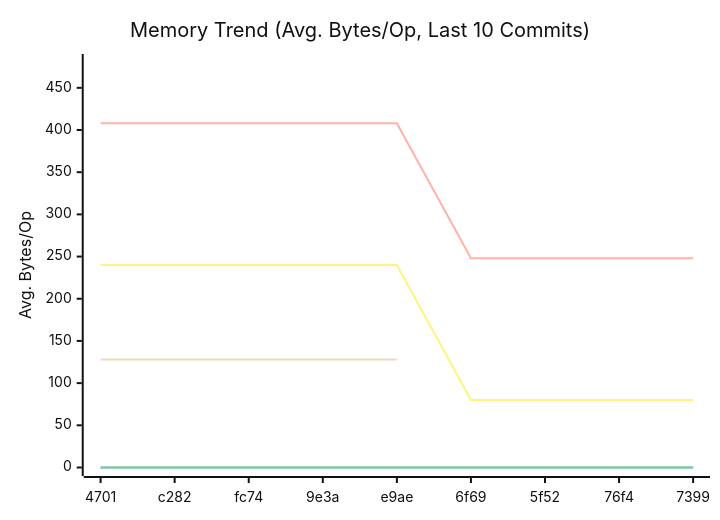
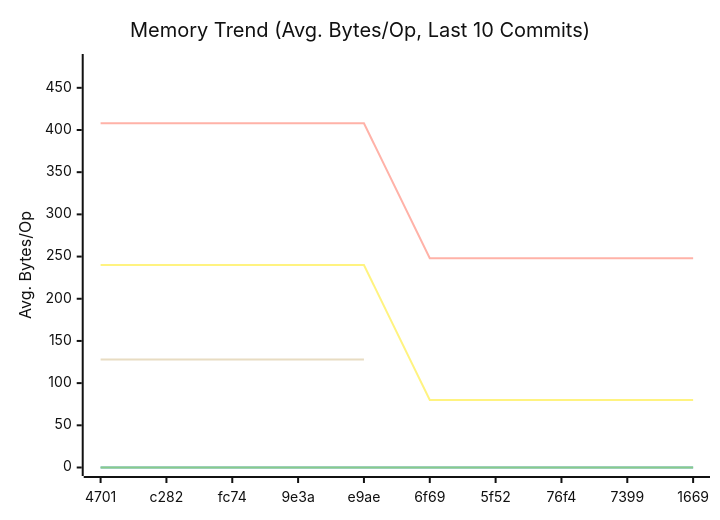
The second of 3 diagrams in doc/README.md (alsotoes/momo), drawn with Mermaid (neutral theme) before and after one commit. The commit also changed other lines of this file and 1 other file, not shown here.

````diff
--- a/doc/README.md
+++ b/doc/README.md
@@ -311,14 +314,14 @@
 ```mermaid
 xychart-beta
     title "Memory Trend (Avg. Bytes/Op, Last 10 Commits)"
     x-axis "Commit"
     y-axis "Avg. Bytes/Op"
-    x-axis [4701,c282,fc74,9e3a,e9ae,6f69,5f52,76f4,7399]
+    x-axis [4701,c282,fc74,9e3a,e9ae,6f69,5f52,76f4,7399,1669]
     line "CheckMetricsAndSwap" [0,0,0,0,0,0,0,0,0,0]
     line "IndexDirectTracking" [0,0,0,0,0,0,0,0,0,0]
     line "IndexSearch" [0,0,0,0,0,0,0,0,0,0]
     line "LoadGlobalConfig" [480]
     line "PadString" [128,128,128,128,128]
     line "ParseReplicationOrder_NoPrealloc" [408,408,408,408,408,248,248,248,248,248]
     line "ParseReplicationOrder_Prealloc" [240,240,240,240,240,80,80,80,80,80]
 ```
````
